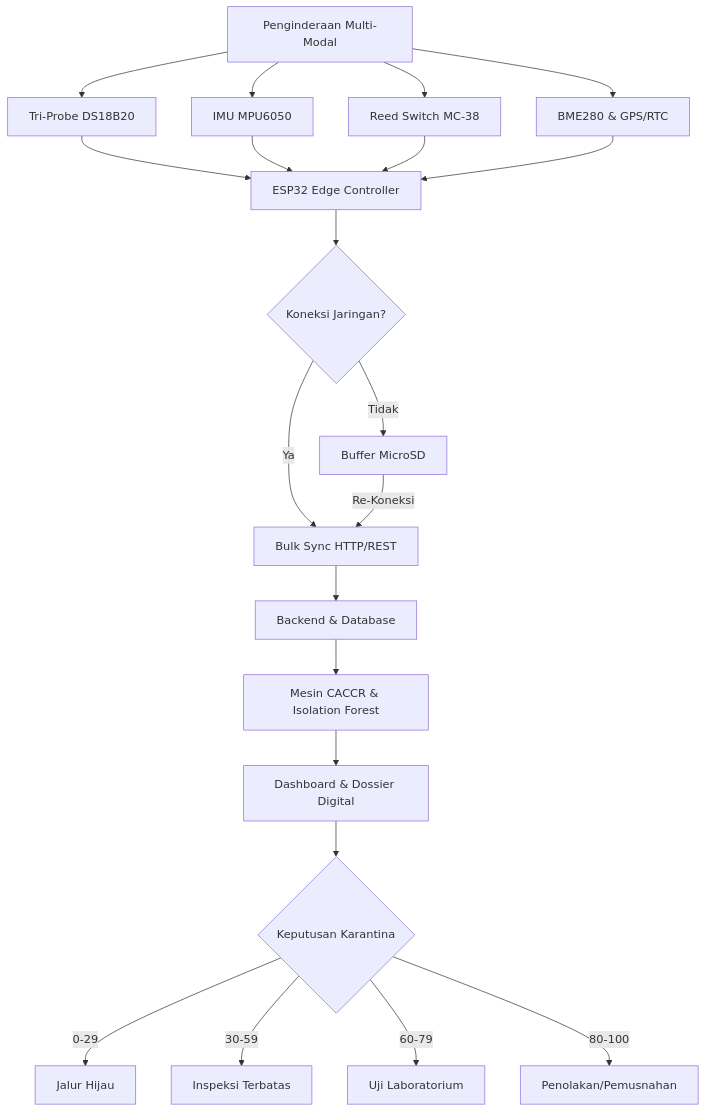
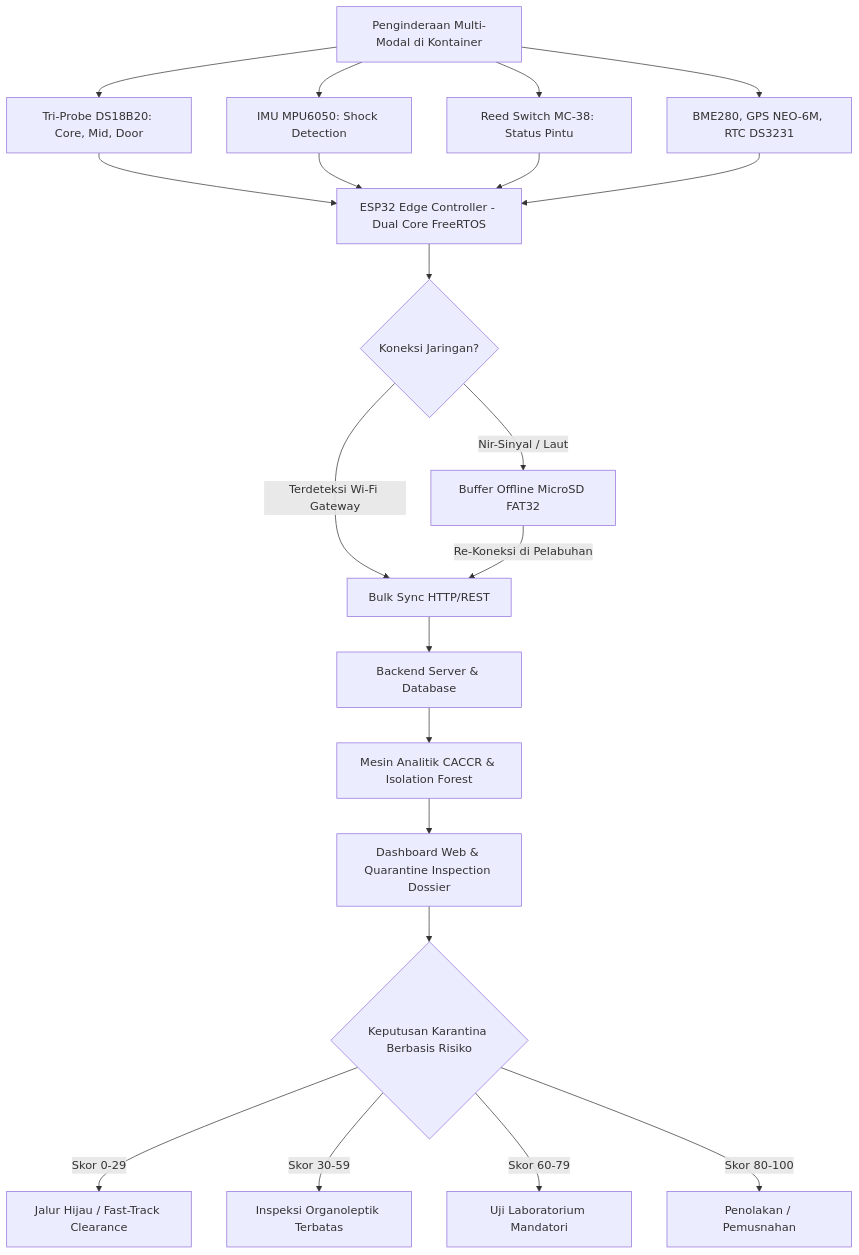
The diagram in docs/REV1.md (faridSrydi/test), drawn with Mermaid before and after one commit. The commit also changed other lines of this file, not shown here.

````diff
--- a/docs/REV1.md
+++ b/docs/REV1.md
@@ -87,20 +138,20 @@
 ```mermaid
 graph TD
-    A[Penginderaan Multi-Modal] --> B[Tri-Probe DS18B20]
-    A --> C[IMU MPU6050]
-    A --> D[Reed Switch MC-38]
-    A --> E[BME280 & GPS/RTC]
-    B & C & D & E --> F[ESP32 Edge Controller]
+    A[Penginderaan Multi-Modal di Kontainer] --> B[Tri-Probe DS18B20: Core, Mid, Door]
+    A --> C[IMU MPU6050: Shock Detection]
+    A --> D[Reed Switch MC-38: Status Pintu]
+    A --> E[BME280, GPS NEO-6M, RTC DS3231]
+    B & C & D & E --> F[ESP32 Edge Controller - Dual Core FreeRTOS]
     F --> G{Koneksi Jaringan?}
-    G -->|Tidak| H[Buffer MicroSD]
-    G -->|Ya| I[Bulk Sync HTTP/REST]
-    H -->|Re-Koneksi| I
-    I --> J[Backend & Database]
-    J --> K[Mesin CACCR & Isolation Forest]
-    K --> L[Dashboard & Dossier Digital]
-    L --> M{Keputusan Karantina}
-    M -->|0-29| N[Jalur Hijau]
-    M -->|30-59| O[Inspeksi Terbatas]
-    M -->|60-79| P[Uji Laboratorium]
-    M -->|80-100| Q[Penolakan/Pemusnahan]
+    G -->|Nir-Sinyal / Laut| H[Buffer Offline MicroSD FAT32]
+    G -->|Terdeteksi Wi-Fi Gateway| I[Bulk Sync HTTP/REST]
+    H -->|Re-Koneksi di Pelabuhan| I
+    I --> J[Backend Server & Database]
+    J --> K[Mesin Analitik CACCR & Isolation Forest]
+    K --> L[Dashboard Web & Quarantine Inspection Dossier]
+    L --> M{Keputusan Karantina Berbasis Risiko}
+    M -->|Skor 0-29| N[Jalur Hijau / Fast-Track Clearance]
+    M -->|Skor 30-59| O[Inspeksi Organoleptik Terbatas]
+    M -->|Skor 60-79| P[Uji Laboratorium Mandatori]
+    M -->|Skor 80-100| Q[Penolakan / Pemusnahan]
 ```
````
